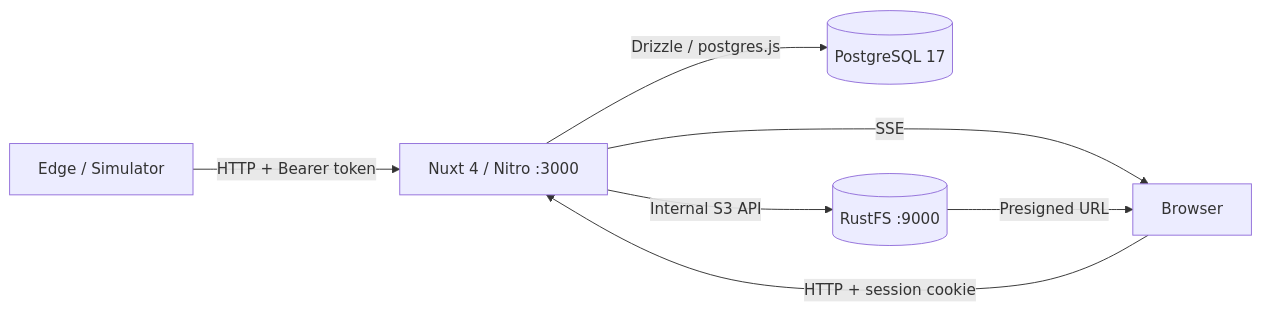
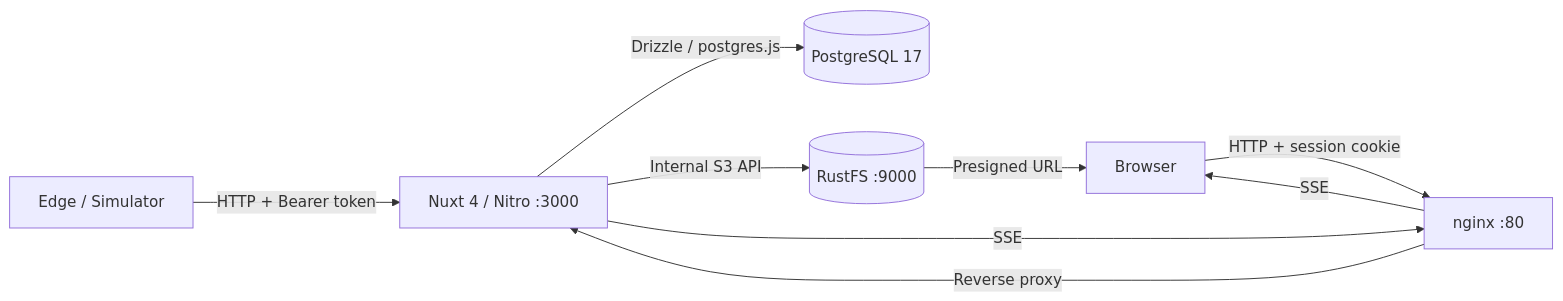
One commit to Muhammad-Yunus/energy-monitoring changed the diagram in README.md. Above: the diagram before and after it, drawn with Mermaid. The commit also changed other lines of this file, not shown here.

````diff
--- a/README.md
+++ b/README.md
@@ -186,9 +189,11 @@
 ```mermaid
 flowchart LR
   E[Edge / Simulator] -- "HTTP + Bearer token" --> N[Nuxt 4 / Nitro :3000]
-  B[Browser] -- "HTTP + session cookie" --> N
+  B[Browser] -- "HTTP + session cookie" --> P[nginx :80]
+  P -- "Reverse proxy" --> N
   N -- "Drizzle / postgres.js" --> D[(PostgreSQL 17)]
   N -- "Internal S3 API" --> R[(RustFS :9000)]
-  N -- "SSE" --> B
+  N -- "SSE" --> P
+  P -- "SSE" --> B
   R -- "Presigned URL" --> B
 ```
````
